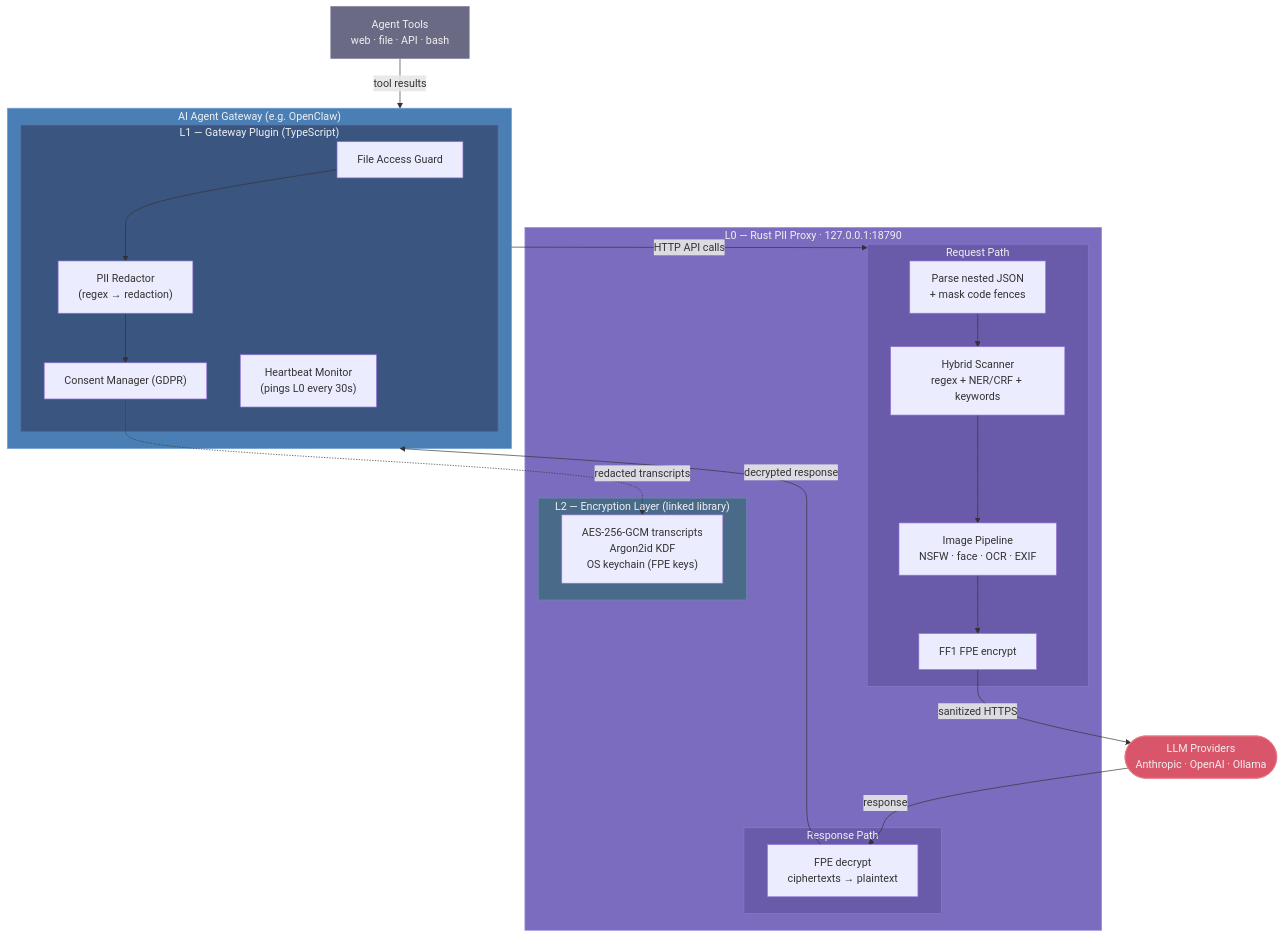
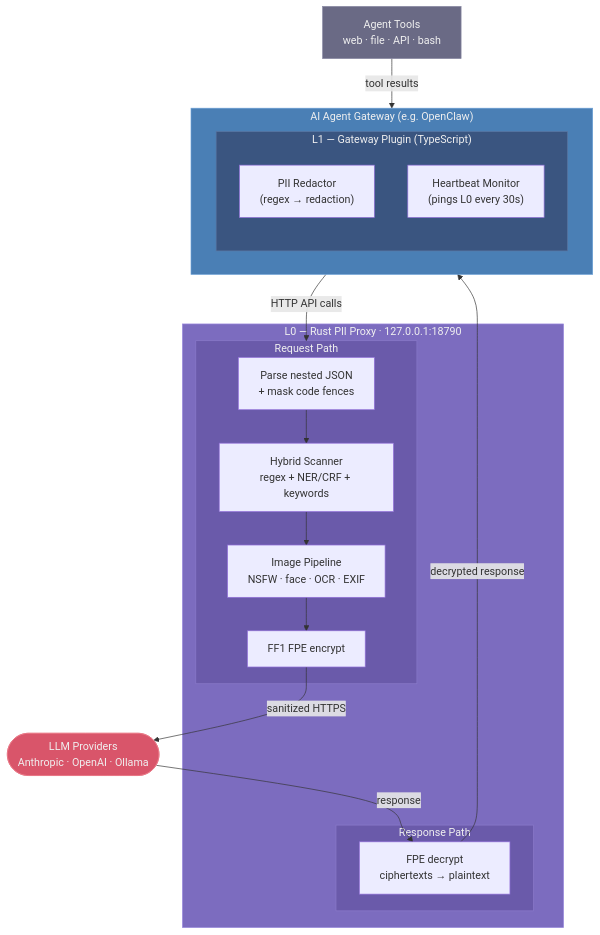
The fourth of 14 diagrams in ARCHITECTURE.md (OpenObscure/OpenObscure), drawn with Mermaid before and after one commit. The commit also changed other lines of this file and 54 other files, not shown here.

````diff
--- a/ARCHITECTURE.md
+++ b/ARCHITECTURE.md
@@ -155,44 +131,38 @@
 ```mermaid
 flowchart TB
     tools["Agent Tools<br>web · file · API · bash"]
 
     subgraph gateway ["AI Agent Gateway (e.g. OpenClaw)"]
         subgraph l1box ["L1 — Gateway Plugin (TypeScript)"]
-            guard["File Access Guard"] --> redact["PII Redactor<br>(regex → redaction)"]
-            redact --> consent["Consent Manager (GDPR)"]
+            redact["PII Redactor<br>(regex → redaction)"]
             heartbeat["Heartbeat Monitor<br>(pings L0 every 30s)"]
         end
     end
 
     subgraph l0box ["L0 — Rust PII Proxy · 127.0.0.1:18790"]
         subgraph reqpath ["Request Path"]
             nested["Parse nested JSON<br>+ mask code fences"] --> hybrid["Hybrid Scanner<br>regex + NER/CRF + keywords"]
             hybrid --> imgpipe["Image Pipeline<br>NSFW · face · OCR · EXIF"]
             imgpipe --> ff1["FF1 FPE encrypt"]
         end
         subgraph respath ["Response Path"]
             decrypt["FPE decrypt<br>ciphertexts → plaintext"]
         end
-        subgraph l2box ["L2 — Encryption Layer (linked library)"]
-            crypto["AES-256-GCM transcripts<br>Argon2id KDF<br>OS keychain (FPE keys)"]
-        end
     end
 
     llm(["LLM Providers<br>Anthropic · OpenAI · Ollama"])
 
     tools -- "tool results" --> gateway
     gateway -- "HTTP API calls" --> reqpath
     ff1 -- "sanitized HTTPS" --> llm
     llm -- "response" --> decrypt
     decrypt -- "decrypted response" --> gateway
-    consent -. "redacted transcripts" .-> crypto
 
     style gateway fill:#4a7fb5,stroke:#6a9fd5,color:#f0f0f0
     style l1box fill:#3a5580,stroke:#5a75a0,color:#f0f0f0
     style l0box fill:#7c6cbf,stroke:#9c8cdf,color:#f0f0f0
     style reqpath fill:#6a5aaa,stroke:#8a7aca,color:#f0f0f0
     style respath fill:#6a5aaa,stroke:#8a7aca,color:#f0f0f0
-    style l2box fill:#4a6a8a,stroke:#6a8aaa,color:#f0f0f0
     style llm fill:#d9556a,stroke:#e97585,color:#f0f0f0
     style tools fill:#6a6a85,stroke:#8a8aa5,color:#f0f0f0
 ```
````
